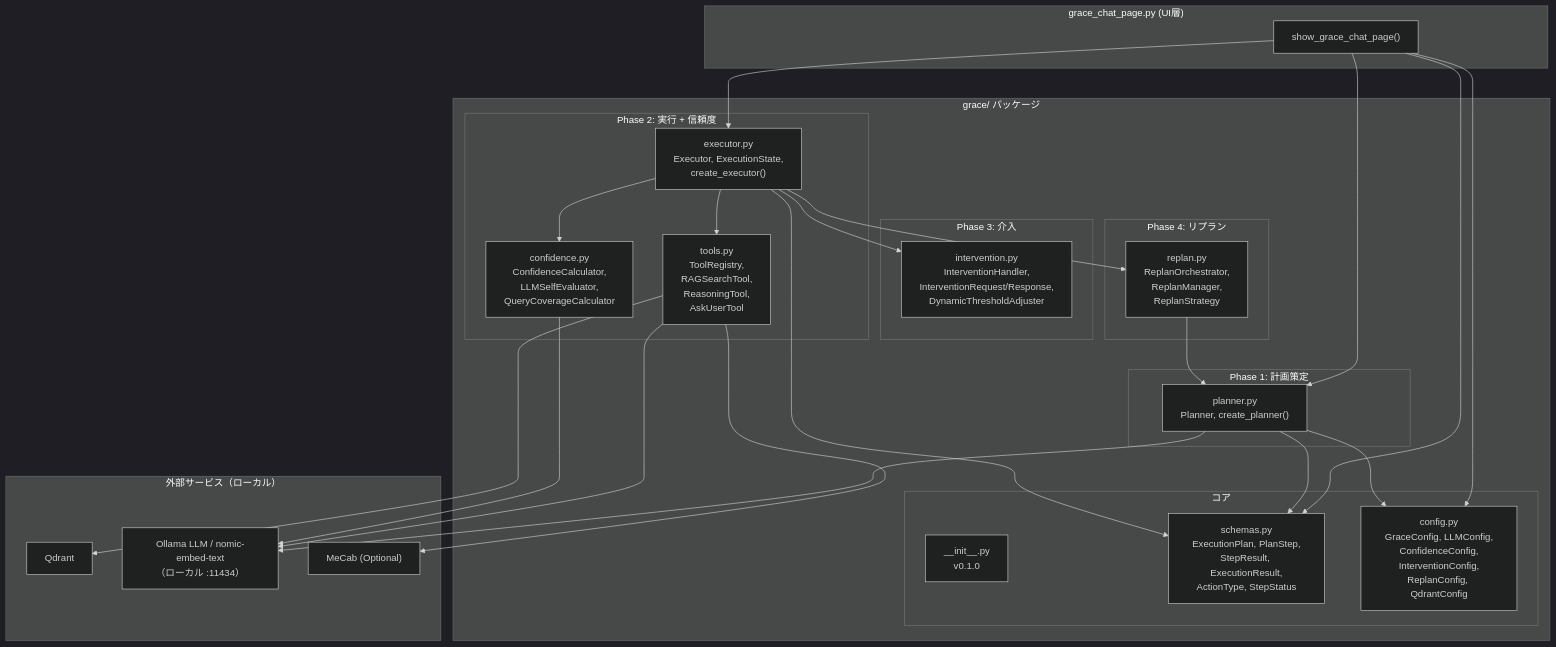
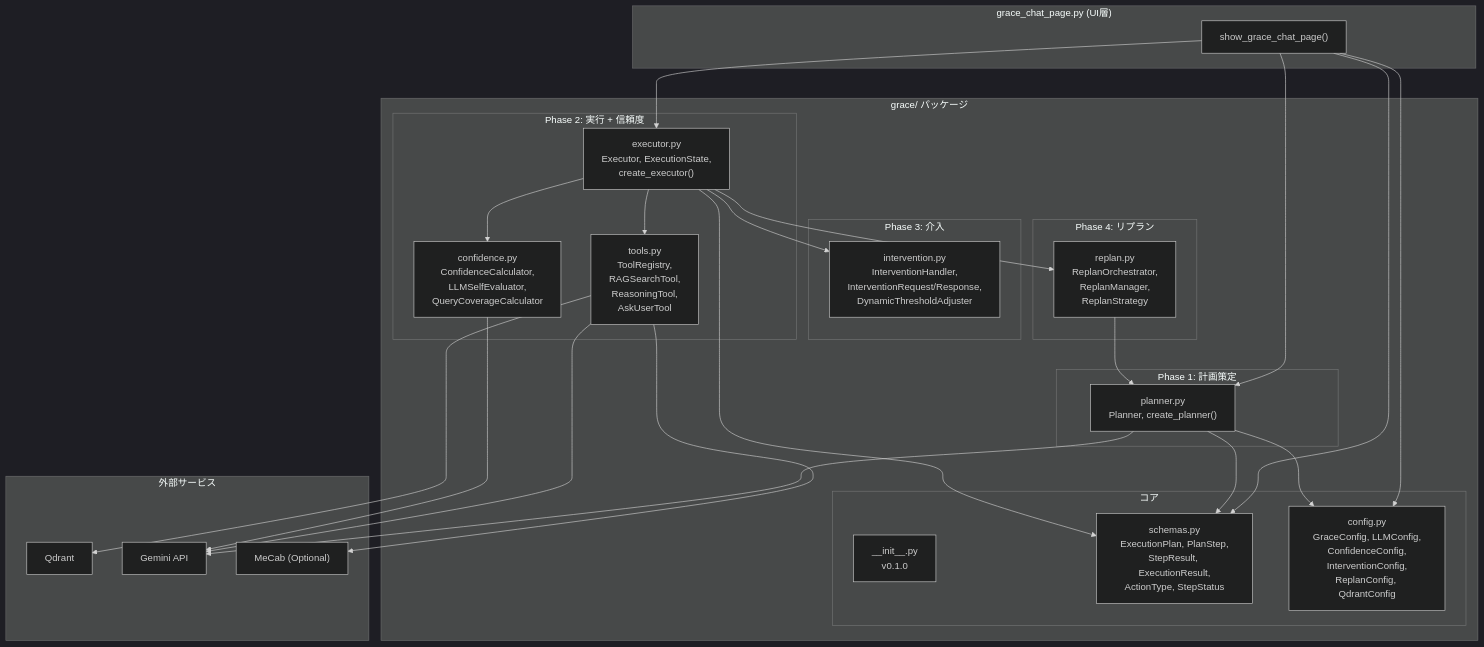
One commit to nakashima2toshio/ollama_grace_agent changed the ninth of 13 diagrams in README.md. Above: the diagram before and after it, drawn with Mermaid (dark theme). The commit also changed other lines of this file and 6 other files, not shown here.

````diff
--- a/README.md
+++ b/README.md
@@ -1034,60 +1031,60 @@
 ```mermaid
 flowchart TB
     subgraph UI["grace_chat_page.py (UI層)"]
         Page["show_grace_chat_page()"]
     end
 
     subgraph GracePackage["grace/ パッケージ"]
         subgraph Core["コア"]
             Init["__init__.py<br/>v0.1.0"]
             Schemas["schemas.py<br/>ExecutionPlan, PlanStep,<br/>StepResult, ExecutionResult,<br/>ActionType, StepStatus"]
             Config["config.py<br/>GraceConfig, LLMConfig,<br/>ConfidenceConfig,<br/>InterventionConfig,<br/>ReplanConfig, QdrantConfig"]
         end
 
         subgraph Phase1["Phase 1: 計画策定"]
             PlannerMod["planner.py<br/>Planner, create_planner()"]
         end
 
         subgraph Phase2["Phase 2: 実行 + 信頼度"]
             ExecutorMod["executor.py<br/>Executor, ExecutionState,<br/>create_executor()"]
             ToolsMod["tools.py<br/>ToolRegistry,<br/>RAGSearchTool,<br/>ReasoningTool,<br/>AskUserTool"]
             ConfMod["confidence.py<br/>ConfidenceCalculator,<br/>LLMSelfEvaluator,<br/>QueryCoverageCalculator"]
         end
 
         subgraph Phase3["Phase 3: 介入"]
             IntervMod["intervention.py<br/>InterventionHandler,<br/>InterventionRequest/Response,<br/>DynamicThresholdAdjuster"]
         end
 
         subgraph Phase4["Phase 4: リプラン"]
             ReplanMod["replan.py<br/>ReplanOrchestrator,<br/>ReplanManager,<br/>ReplanStrategy"]
         end
     end
 
-    subgraph External["外部サービス（ローカル）"]
+    subgraph External["外部サービス"]
         Qdrant["Qdrant"]
-        OllamaLLM["Ollama LLM / nomic-embed-text<br/>（ローカル :11434）"]
+        Gemini["Gemini API"]
         MeCab["MeCab (Optional)"]
     end
 
     Page --> PlannerMod
     Page --> ExecutorMod
     Page --> Schemas
     Page --> Config
 
     PlannerMod --> Schemas
     PlannerMod --> Config
-    PlannerMod --> OllamaLLM
+    PlannerMod --> Gemini
 
     ExecutorMod --> ToolsMod
     ExecutorMod --> ConfMod
     ExecutorMod --> IntervMod
     ExecutorMod --> ReplanMod
     ExecutorMod --> Schemas
 
     ToolsMod --> Qdrant
-    ToolsMod --> OllamaLLM
+    ToolsMod --> Gemini
     ToolsMod --> MeCab
 
-    ConfMod --> OllamaLLM
+    ConfMod --> Gemini
     ReplanMod --> PlannerMod
 ```
````
